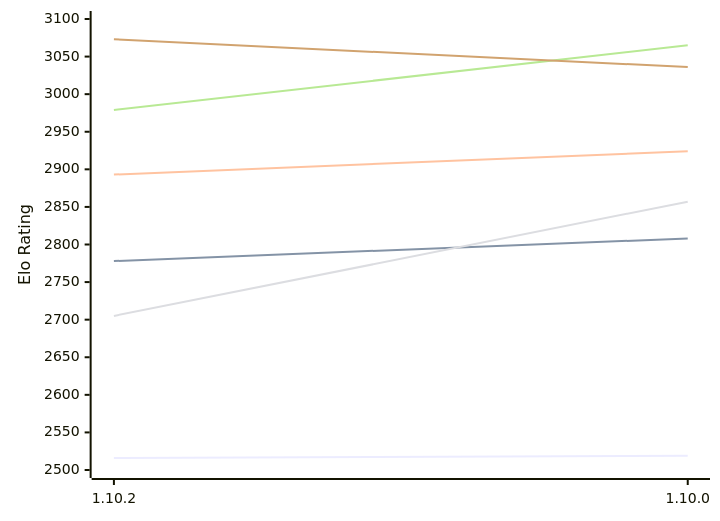
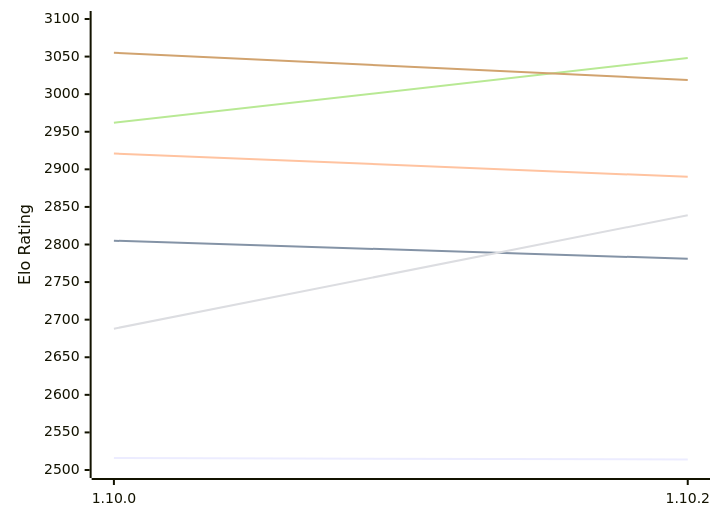
One commit to computer-chess-index/cci changed the first of 2 diagrams in engines/Basilisk.md. Above: the diagram before and after it, drawn with Mermaid. The commit also changed other lines of this file, not shown here.

Commit message:
Update CCI Ratings (ELO VLTC) - 2026-10-11

````diff
--- a/engines/Basilisk.md
+++ b/engines/Basilisk.md
@@ -61,12 +61,12 @@
 ```mermaid
 %%{init: {"theme":"base","themeVariables":{"seriesColors:['#a3a3a3','#222221','#faa371']}}}%%
 xychart-beta
-  x-axis ["1.10.2", "1.10.0"]
+  x-axis ["1.10.0", "1.10.2"]
   y-axis "Elo Rating" 2500 --> 3100
-  line "E1: STC (8.0+0.08s)" [2516, 2519]
-  line "E1: LTC (60.0+0.60s)" [2778, 2808]
-  line "E1: VLTC (2m24s+1.12s)" [2893, 2924]
-  line "P1: STC (8.0+0.08s)" [2705, 2857]
-  line "P1: LTC (60.0+0.60s)" [2979, 3065]
-  line "P1: VLTC (2m24s+1.12s)" [3073, 3036]
+  line "E1: STC (8.0+0.08s)" [2516, 2514]
+  line "E1: LTC (60.0+0.60s)" [2805, 2781]
+  line "E1: VLTC (2m24s+1.12s)" [2921, 2890]
+  line "P1: STC (8.0+0.08s)" [2688, 2839]
+  line "P1: LTC (60.0+0.60s)" [2962, 3048]
+  line "P1: VLTC (2m24s+1.12s)" [3055, 3019]
 ```
````
